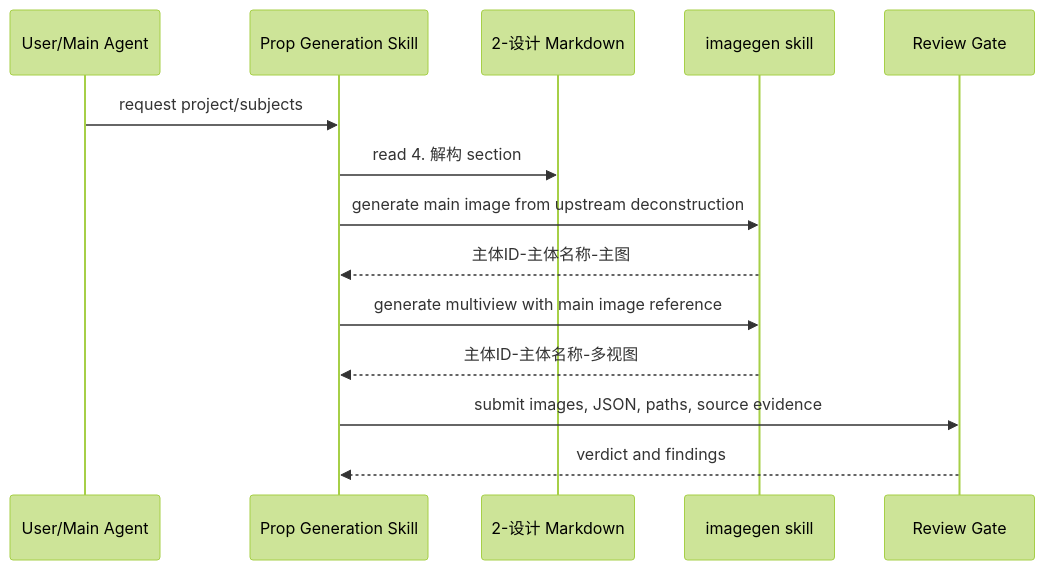
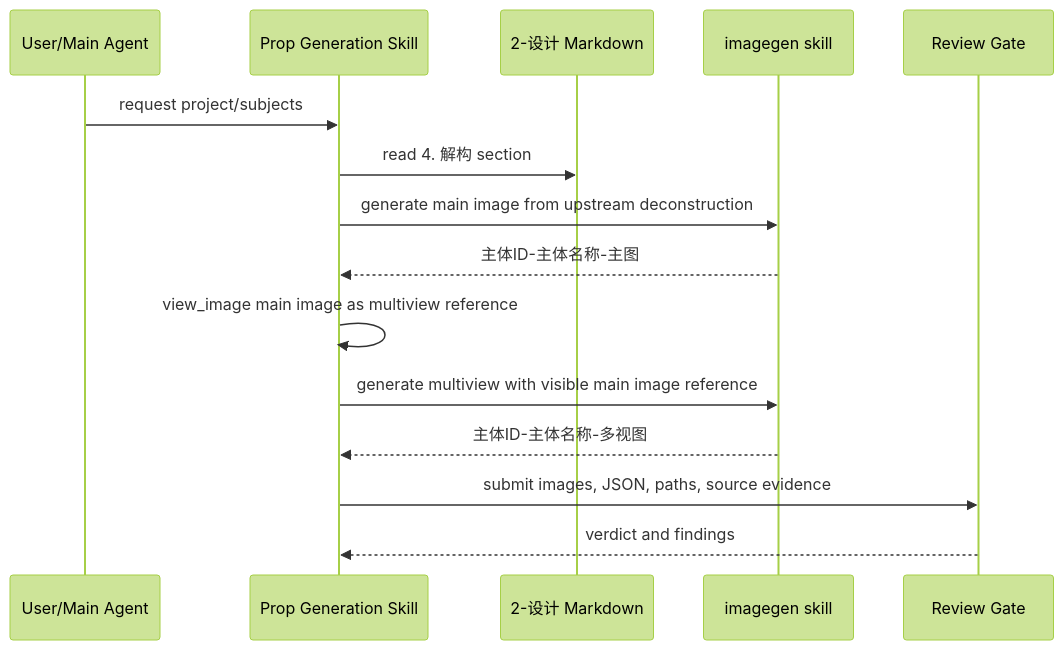
One commit to ZEN-VOID/AI-CUT changed the second of 2 diagrams in .agents/skills/aigc/5-设计/道具/3-生成/steps/prop-generation-workflow.md. Above: the diagram before and after it, drawn with Mermaid (forest theme). The commit also changed other lines of this file and 122 other files, not shown here.

````diff
--- a/.agents/skills/aigc/5-设计/道具/3-生成/steps/prop-generation-workflow.md
+++ b/.agents/skills/aigc/5-设计/道具/3-生成/steps/prop-generation-workflow.md
@@ -45,16 +45,17 @@
 ```mermaid
 sequenceDiagram
     participant U as User/Main Agent
     participant P as Prop Generation Skill
     participant D as 2-设计 Markdown
     participant I as imagegen skill
     participant R as Review Gate
     U->>P: request project/subjects
     P->>D: read 4. 解构 section
     P->>I: generate main image from upstream deconstruction
     I-->>P: 主体ID-主体名称-主图
-    P->>I: generate multiview with main image reference
+    P->>P: view_image main image as multiview reference
+    P->>I: generate multiview with visible main image reference
     I-->>P: 主体ID-主体名称-多视图
     P->>R: submit images, JSON, paths, source evidence
     R-->>P: verdict and findings
 ```
````
